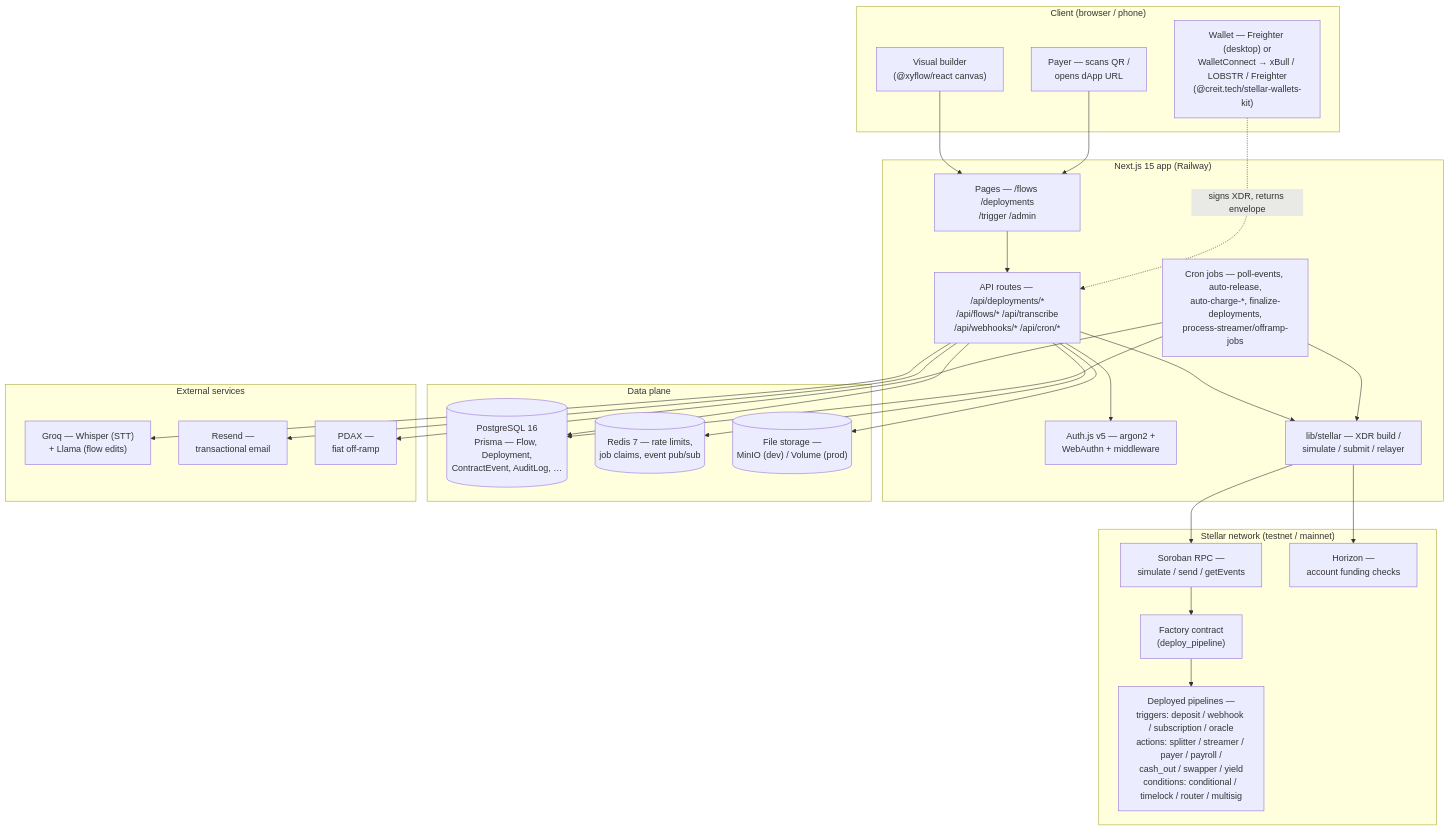
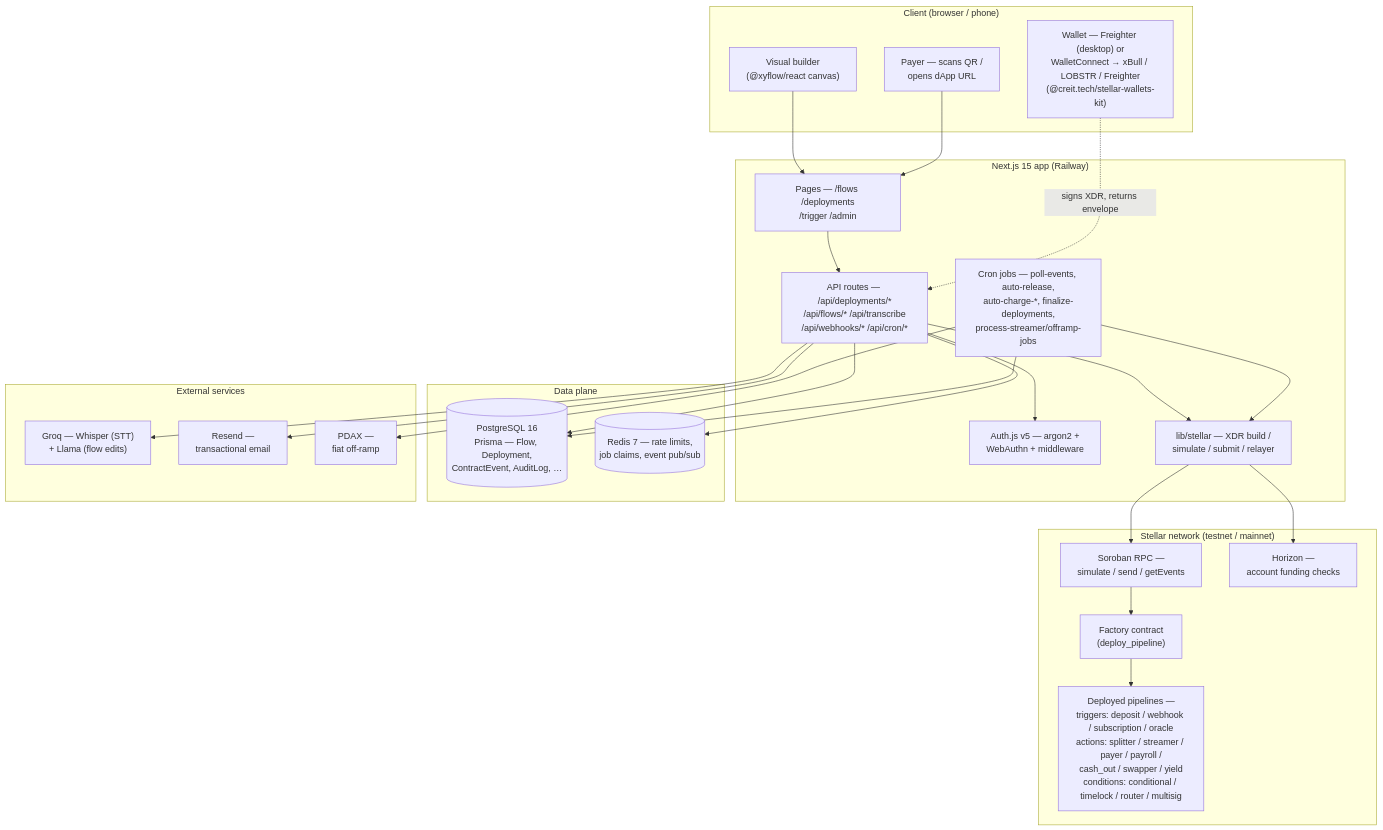
One commit to artisam-paiflow/paiflow changed the first of 5 diagrams in docs/architecture-diagrams.md. Above: the diagram before and after it, drawn with Mermaid. The commit also changed 25 other files, not shown here.

````diff
--- a/docs/architecture-diagrams.md
+++ b/docs/architecture-diagrams.md
@@ -36,54 +36,52 @@
 ```mermaid
 flowchart TB
     subgraph Client["Client (browser / phone)"]
         Builder["Visual builder<br/>(@xyflow/react canvas)"]
         Wallet["Wallet — Freighter (desktop) or<br/>WalletConnect → xBull / LOBSTR / Freighter<br/>(@creit.tech/stellar-wallets-kit)"]
         Payer["Payer — scans QR /<br/>opens dApp URL"]
     end
 
     subgraph App["Next.js 15 app (Railway)"]
         Pages["Pages — /flows /deployments<br/>/trigger /admin"]
         API["API routes — /api/deployments/*<br/>/api/flows/* /api/transcribe<br/>/api/webhooks/* /api/cron/*"]
         Auth["Auth.js v5 — argon2 +<br/>WebAuthn + middleware"]
         StellarLib["lib/stellar — XDR build /<br/>simulate / submit / relayer"]
         Cron["Cron jobs — poll-events, auto-release,<br/>auto-charge-*, finalize-deployments,<br/>process-streamer/offramp-jobs"]
     end
 
     subgraph Data["Data plane"]
         PG[("PostgreSQL 16<br/>Prisma — Flow, Deployment,<br/>ContractEvent, AuditLog, …")]
         Redis[("Redis 7 — rate limits,<br/>job claims, event pub/sub")]
-        Files[("File storage —<br/>MinIO (dev) / Volume (prod)")]
     end
 
     subgraph Chain["Stellar network (testnet / mainnet)"]
         RPC["Soroban RPC —<br/>simulate / send / getEvents"]
         Horizon["Horizon —<br/>account funding checks"]
         Factory["Factory contract<br/>(deploy_pipeline)"]
         Contracts["Deployed pipelines —<br/>triggers: deposit / webhook / subscription / oracle<br/>actions: splitter / streamer / payer / payroll /<br/>cash_out / swapper / yield<br/>conditions: conditional / timelock / router / multisig"]
     end
 
     subgraph External["External services"]
         Groq["Groq — Whisper (STT)<br/>+ Llama (flow edits)"]
         Resend["Resend —<br/>transactional email"]
         PDAX["PDAX —<br/>fiat off-ramp"]
     end
 
     Builder --> Pages
     Payer --> Pages
     Pages --> API
     API --> Auth
     API --> StellarLib
     API --> PG
     API --> Redis
-    API --> Files
     API --> Groq
     API --> Resend
     Cron --> StellarLib
     Cron --> PG
     Cron --> PDAX
     StellarLib --> RPC
     StellarLib --> Horizon
     RPC --> Factory
     Factory --> Contracts
     Wallet -. signs XDR, returns envelope .-> API
 ```
````
